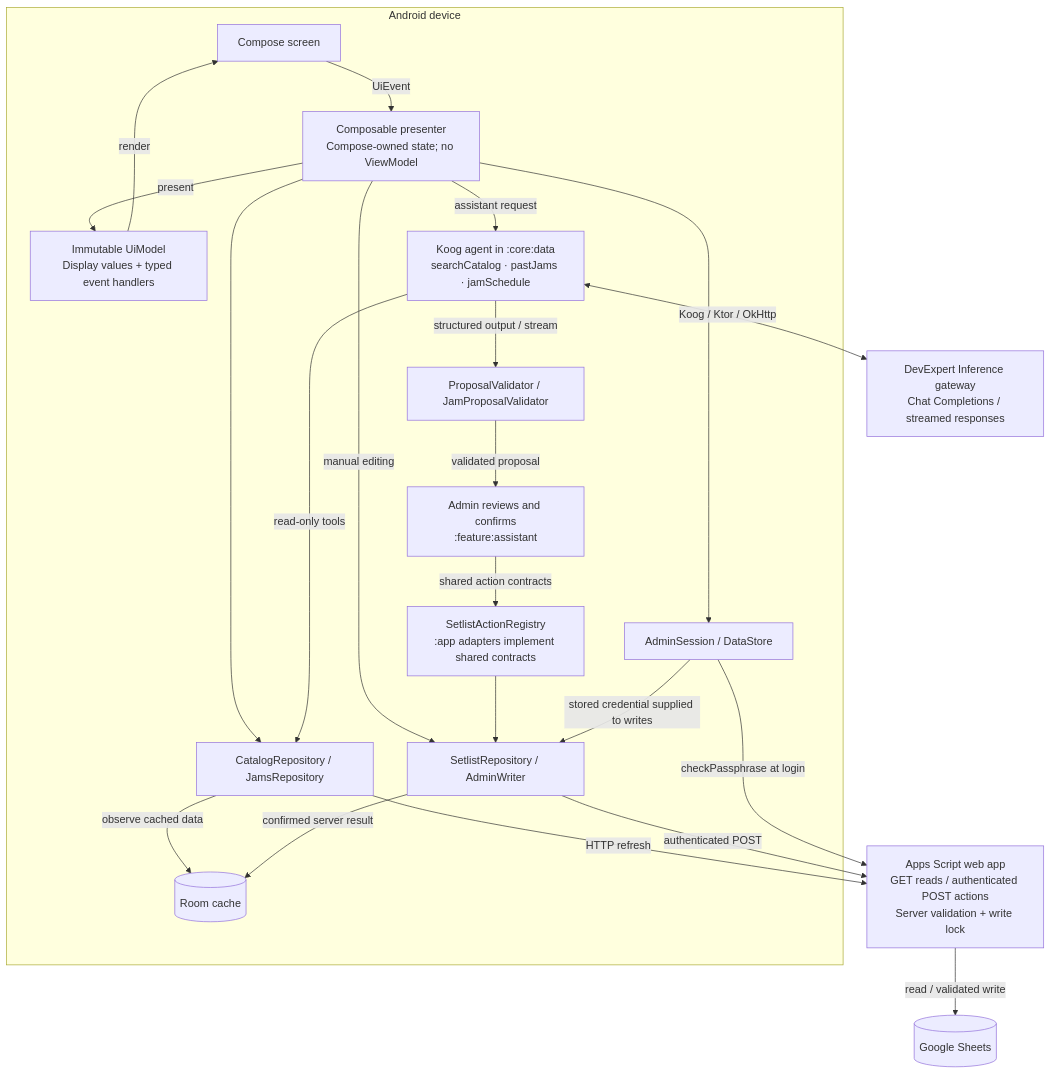
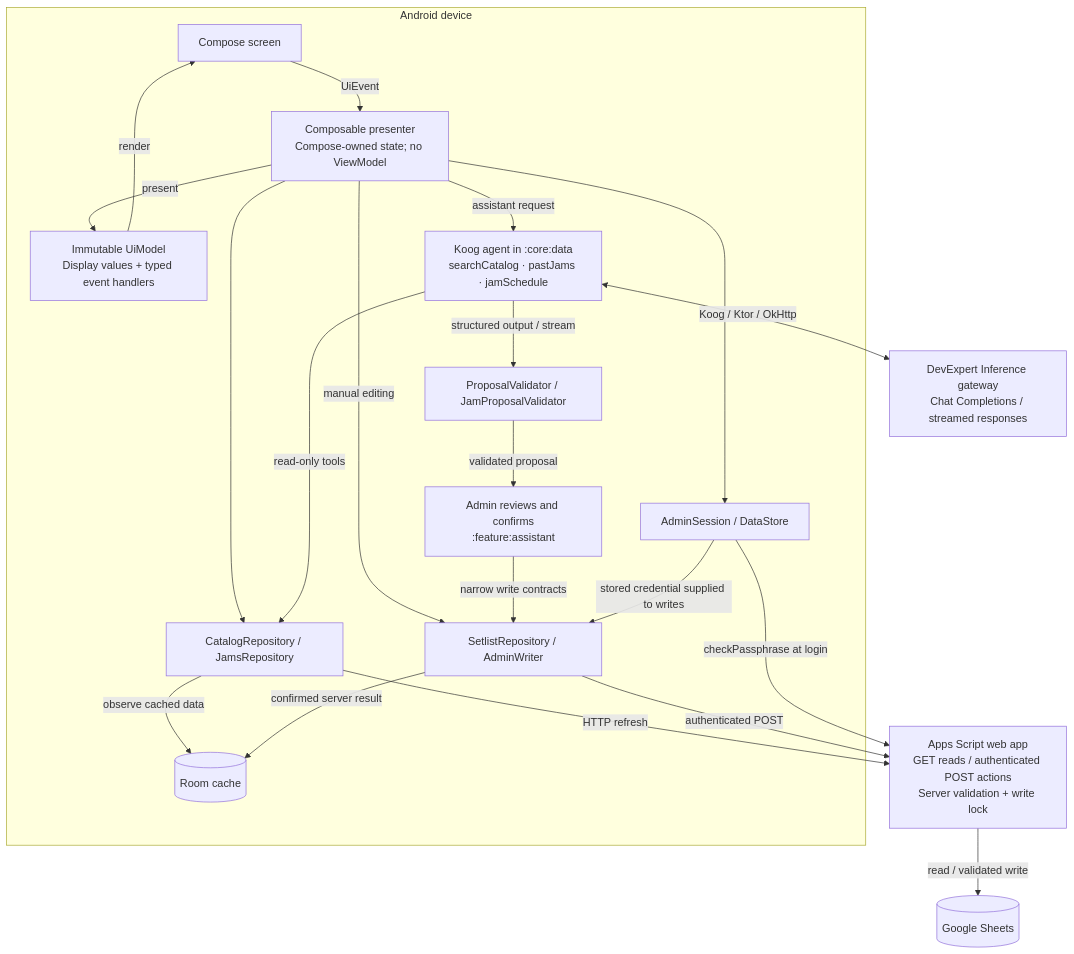
One commit to elagarrigue/bb-blues-jam changed the second of 2 diagrams in docs/architecture.md. Above: the diagram before and after it, drawn with Mermaid. The commit also changed other lines of this file and 36 other files, not shown here.

First line of the commit message:
refactor: complete remove-action-registry

````diff
--- a/docs/architecture.md
+++ b/docs/architecture.md
@@ -46,39 +46,37 @@
 ```mermaid
 flowchart TB
     subgraph phone["Android device"]
         screen["Compose screen"]
         presenter["Composable presenter<br/>Compose-owned state; no ViewModel"]
         uimodel["Immutable UiModel<br/>Display values + typed event handlers"]
         reads["CatalogRepository / JamsRepository"]
         cache[("Room cache")]
         session["AdminSession / DataStore"]
         repo["SetlistRepository / AdminWriter"]
-        registry["SetlistActionRegistry<br/>:app adapters implement shared contracts"]
         agent["Koog agent in :core:data<br/>searchCatalog · pastJams · jamSchedule"]
         validator["ProposalValidator / JamProposalValidator"]
         confirm["Admin reviews and confirms<br/>:feature:assistant"]
         screen -->|UiEvent| presenter
         presenter -->|present| uimodel
         uimodel -->|render| screen
         presenter --> reads
         reads -->|observe cached data| cache
         presenter --> session
         presenter -->|manual editing| repo
         presenter -->|assistant request| agent
         agent -->|read-only tools| reads
         agent -->|structured output / stream| validator
         validator -->|validated proposal| confirm
-        confirm -->|shared action contracts| registry
-        registry --> repo
+        confirm -->|narrow write contracts| repo
         repo -->|confirmed server result| cache
         session -->|stored credential supplied to writes| repo
     end
     gateway["DevExpert Inference gateway<br/>Chat Completions / streamed responses"]
     backend["Apps Script web app<br/>GET reads / authenticated POST actions<br/>Server validation + write lock"]
     sheet[("Google Sheets")]
     reads -->|HTTP refresh| backend
     repo -->|authenticated POST| backend
     session -->|checkPassphrase at login| backend
     agent <-->|Koog / Ktor / OkHttp| gateway
     backend -->|read / validated write| sheet
 ```
````
